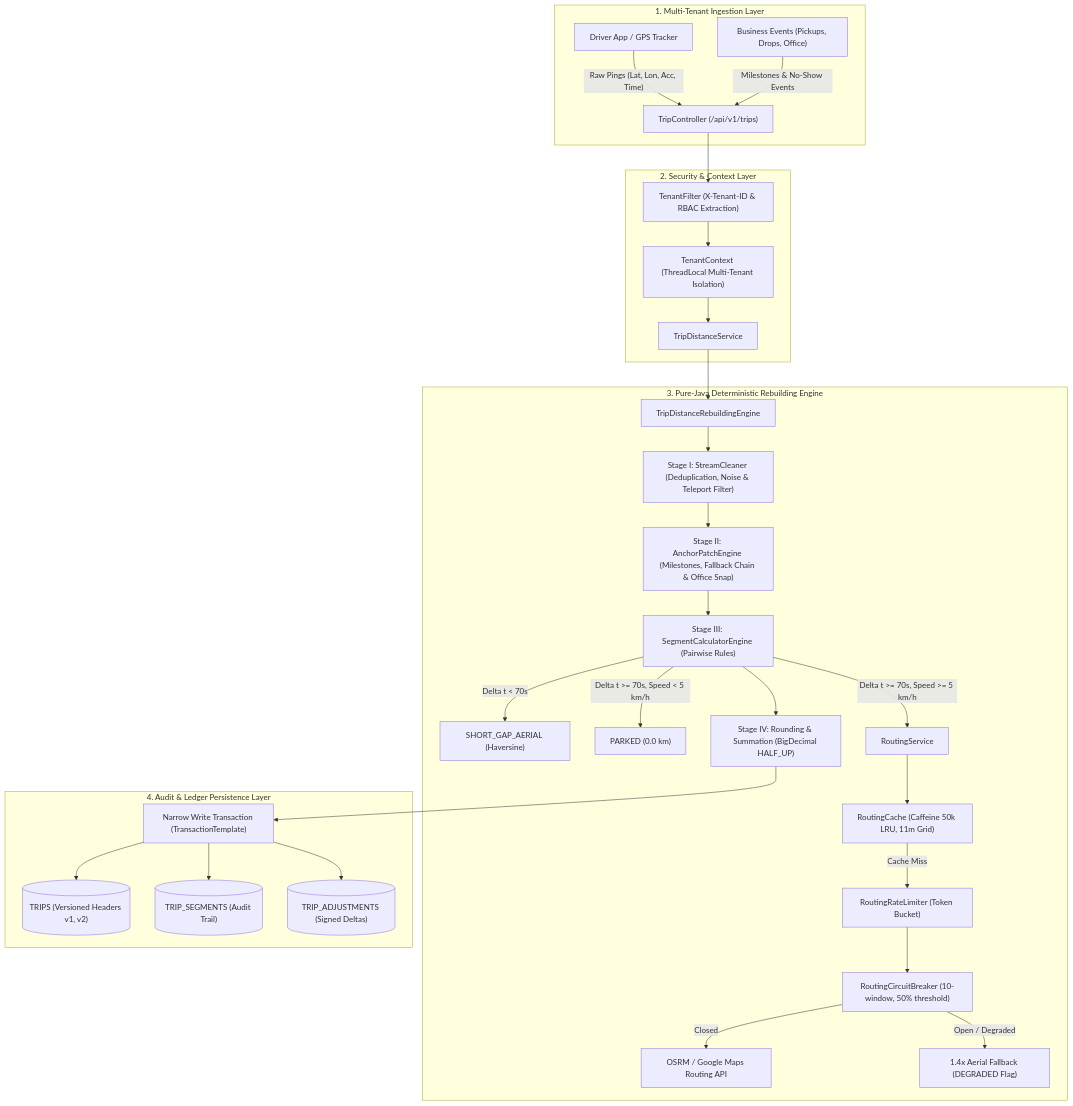
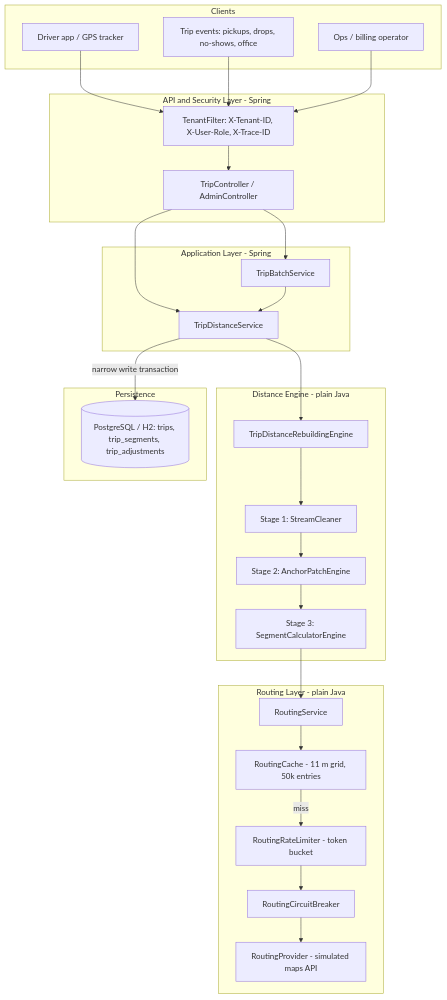
The first of 6 diagrams in README.md (kamran-asif/GPS-Gap-Backfill-Billable-Distance-Reconstruction), drawn with Mermaid before and after one commit. The commit also changed other lines of this file, not shown here.

Commit message:
docs: professional README rewrite; align rules, API, schema and run instructions with code

````diff
--- a/README.md
+++ b/README.md
@@ -129,39 +136,51 @@
 ```mermaid
 flowchart TD
-    subgraph Ingestion ["1. Multi-Tenant Ingestion Layer"]
-        A["Driver App / GPS Tracker"] -->|"Raw Pings (Lat, Lon, Acc, Time)"| API["TripController (/api/v1/trips)"]
-        B["Business Events (Pickups, Drops, Office)"] -->|"Milestones & No-Show Events"| API
+    subgraph Clients["Clients"]
+        A["Driver app / GPS tracker"]
+        B["Trip events: pickups, drops, no-shows, office"]
+        C["Ops / billing operator"]
     end
 
-    subgraph SecurityCtx ["2. Security & Context Layer"]
-        API --> Filter["TenantFilter (X-Tenant-ID & RBAC Extraction)"]
-        Filter --> Ctx["TenantContext (ThreadLocal Multi-Tenant Isolation)"]
-        Ctx --> Svc["TripDistanceService"]
+    subgraph Edge["API and Security Layer - Spring"]
+        F["TenantFilter: X-Tenant-ID, X-User-Role, X-Trace-ID"]
+        API["TripController / AdminController"]
     end
 
-    subgraph EngineCore ["3. Pure-Java Deterministic Rebuilding Engine"]
-        Svc --> Engine["TripDistanceRebuildingEngine"]
-        Engine --> Stage1["Stage I: StreamCleaner (Deduplication, Noise & Teleport Filter)"]
-        Stage1 --> Stage2["Stage II: AnchorPatchEngine (Milestones, Fallback Chain & Office Snap)"]
-        Stage2 --> Stage3["Stage III: SegmentCalculatorEngine (Pairwise Rules)"]
-        
-        Stage3 -->|"Delta t < 70s"| Rule1["SHORT_GAP_AERIAL (Haversine)"]
-        Stage3 -->|"Delta t >= 70s, Speed < 5 km/h"| Rule2["PARKED (0.0 km)"]
-        Stage3 -->|"Delta t >= 70s, Speed >= 5 km/h"| RoutingSvc["RoutingService"]
-        
-        RoutingSvc --> Cache["RoutingCache (Caffeine 50k LRU, 11m Grid)"]
-        Cache -->|"Cache Miss"| Limiter["RoutingRateLimiter (Token Bucket)"]
-        Limiter --> CB["RoutingCircuitBreaker (10-window, 50% threshold)"]
-        CB -->|"Closed"| Provider["OSRM / Google Maps Routing API"]
-        CB -->|"Open / Degraded"| Fallback["1.4x Aerial Fallback (DEGRADED Flag)"]
-        
-        Stage3 --> Stage4["Stage IV: Rounding & Summation (BigDecimal HALF_UP)"]
+    subgraph App["Application Layer - Spring"]
+        SVC["TripDistanceService"]
+        BATCH["TripBatchService"]
     end
 
-    subgraph Persistence ["4. Audit & Ledger Persistence Layer"]
-        Stage4 --> NarrowTx["Narrow Write Transaction (TransactionTemplate)"]
-        NarrowTx --> TripsTable[("TRIPS (Versioned Headers v1, v2)")]
-        NarrowTx --> SegmentsTable[("TRIP_SEGMENTS (Audit Trail)")]
-        NarrowTx --> AdjustmentsTable[("TRIP_ADJUSTMENTS (Signed Deltas)")]
+    subgraph Core["Distance Engine - plain Java"]
+        ENG["TripDistanceRebuildingEngine"]
+        S1["Stage 1: StreamCleaner"]
+        S2["Stage 2: AnchorPatchEngine"]
+        S3["Stage 3: SegmentCalculatorEngine"]
     end
+
+    subgraph Routing["Routing Layer - plain Java"]
+        RS["RoutingService"]
+        RC["RoutingCache - 11 m grid, 50k entries"]
+        RL["RoutingRateLimiter - token bucket"]
+        CB["RoutingCircuitBreaker"]
+        RP["RoutingProvider - simulated maps API"]
+    end
+
+    subgraph Store["Persistence"]
+        DB[("PostgreSQL / H2: trips, trip_segments, trip_adjustments")]
+    end
+
+    A --> F
+    B --> F
+    C --> F
+    F --> API
+    API --> SVC
+    API --> BATCH
+    BATCH --> SVC
+    SVC --> ENG
+    ENG --> S1 --> S2 --> S3
+    S3 --> RS
+    RS --> RC
+    RC -- miss --> RL --> CB --> RP
+    SVC -- "narrow write transaction" --> DB
 ```
````
